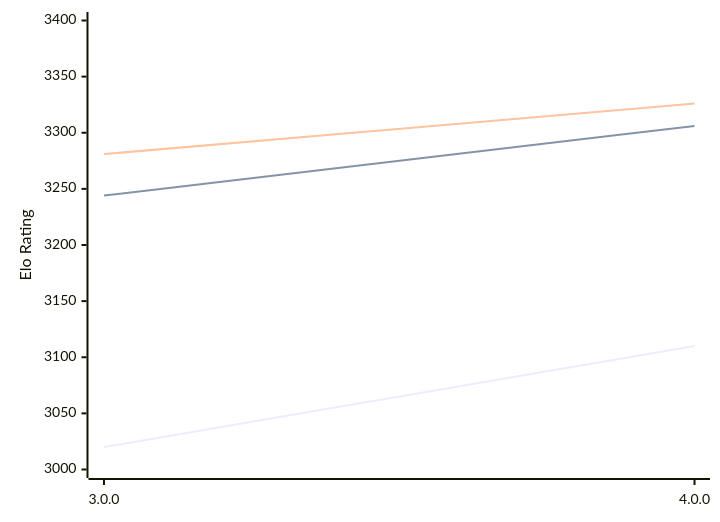
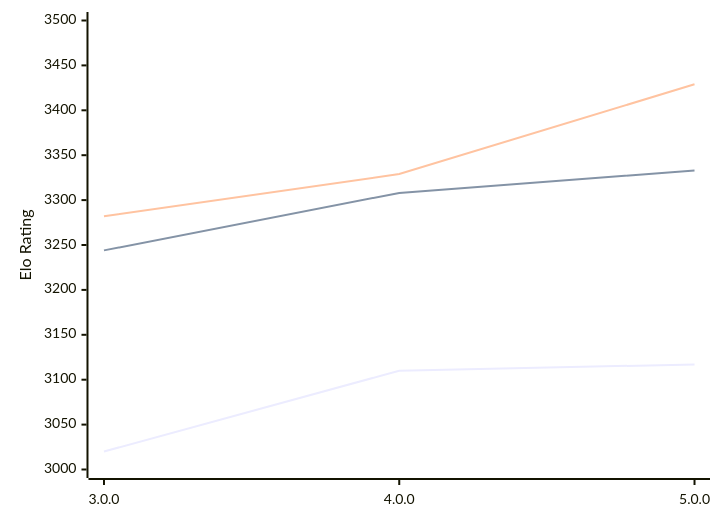
The diagram in engines/Minke.md (computer-chess-index/cci), drawn with Mermaid before and after one commit. The commit also changed other lines of this file, not shown here.

Commit message:
Update CCI Ratings (ELO VLTC) - 2026-02-13

````diff
--- a/engines/Minke.md
+++ b/engines/Minke.md
@@ -31,9 +32,9 @@
 ```mermaid
 %%{init: {"theme":"base","themeVariables":{"seriesColors:['#a3a3a3','#222221','#faa371']}}}%%
 xychart-beta
-  x-axis ["3.0.0", "4.0.0"]
-  y-axis "Elo Rating" 3000 --> 3400
-  line "STC (8.0+0.08s)" [3020, 3110]
-  line "LTC (60.0+0.60s)" [3244, 3306]
-  line "VLTC (2m24s+1.12s)" [3281, 3326]
+  x-axis ["3.0.0", "4.0.0", "5.0.0"]
+  y-axis "Elo Rating" 3000 --> 3500
+  line "STC (8.0+0.08s)" [3020, 3110, 3117]
+  line "LTC (60.0+0.60s)" [3244, 3308, 3333]
+  line "VLTC (2m24s+1.12s)" [3282, 3329, 3429]
 ```
````
